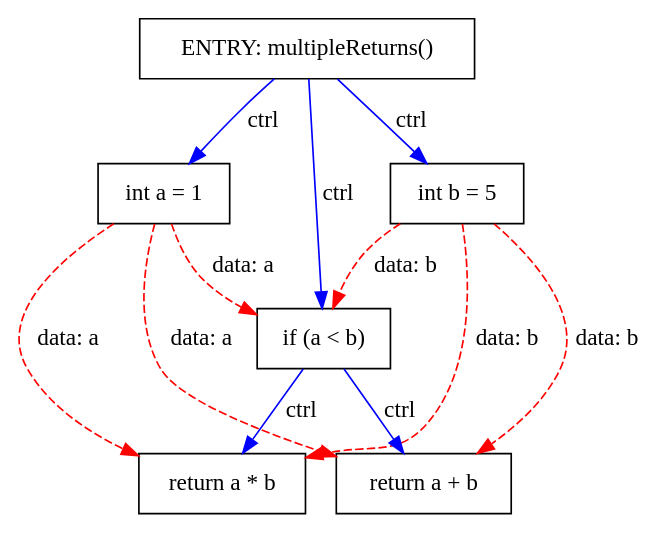
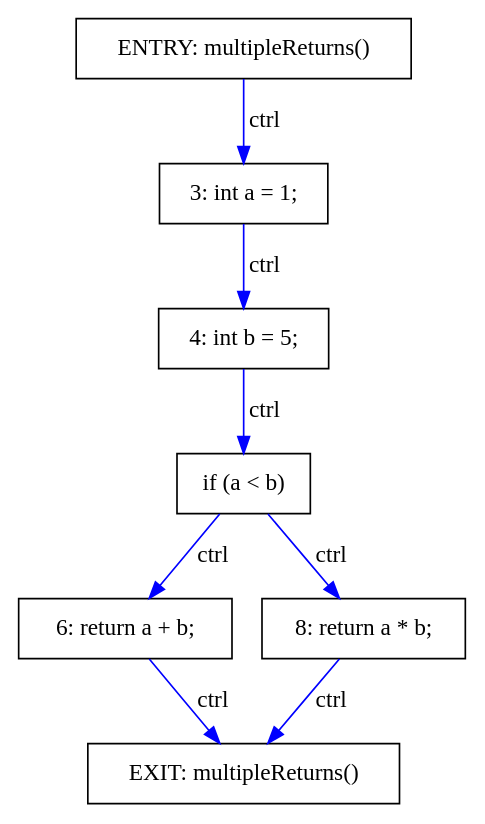
One commit to khaser/java-pdg changed the diagram in results/MultipleReturns.dot. Above: the diagram before and after it, drawn with Graphviz. The commit also changed 16 other files, not shown here.

```diff
--- a/results/MultipleReturns.dot
+++ b/results/MultipleReturns.dot
@@ -1,23 +1,20 @@
 digraph PDG {
   rankdir=TB;
   node [shape=box];
 
   node0 [label="ENTRY: multipleReturns()"];
-  node1 [label="int a = 1"];
-  node2 [label="int b = 5"];
-  node3 [label="if (a < b)"];
-  node4 [label="return a + b"];
-  node5 [label="return a * b"];
+  node1 [label="EXIT: multipleReturns()"];
+  node2 [label="3: int a = 1;"];
+  node3 [label="4: int b = 5;"];
+  node4 [label="if (a < b)"];
+  node5 [label="6: return a + b;"];
+  node6 [label="8: return a * b;"];
 
-  node0 -> node1 [label="ctrl", color=blue];
+  node4 -> node5 [label="ctrl", color=blue];
+  node4 -> node6 [label="ctrl", color=blue];
   node0 -> node2 [label="ctrl", color=blue];
-  node0 -> node3 [label="ctrl", color=blue];
+  node2 -> node3 [label="ctrl", color=blue];
   node3 -> node4 [label="ctrl", color=blue];
-  node3 -> node5 [label="ctrl", color=blue];
-  node1 -> node3 [label="data: a", color=red, style=dashed];
-  node2 -> node3 [label="data: b", color=red, style=dashed];
-  node1 -> node5 [label="data: a", color=red, style=dashed];
-  node2 -> node5 [label="data: b", color=red, style=dashed];
-  node1 -> node4 [label="data: a", color=red, style=dashed];
-  node2 -> node4 [label="data: b", color=red, style=dashed];
+  node5 -> node1 [label="ctrl", color=blue];
+  node6 -> node1 [label="ctrl", color=blue];
 }
```
